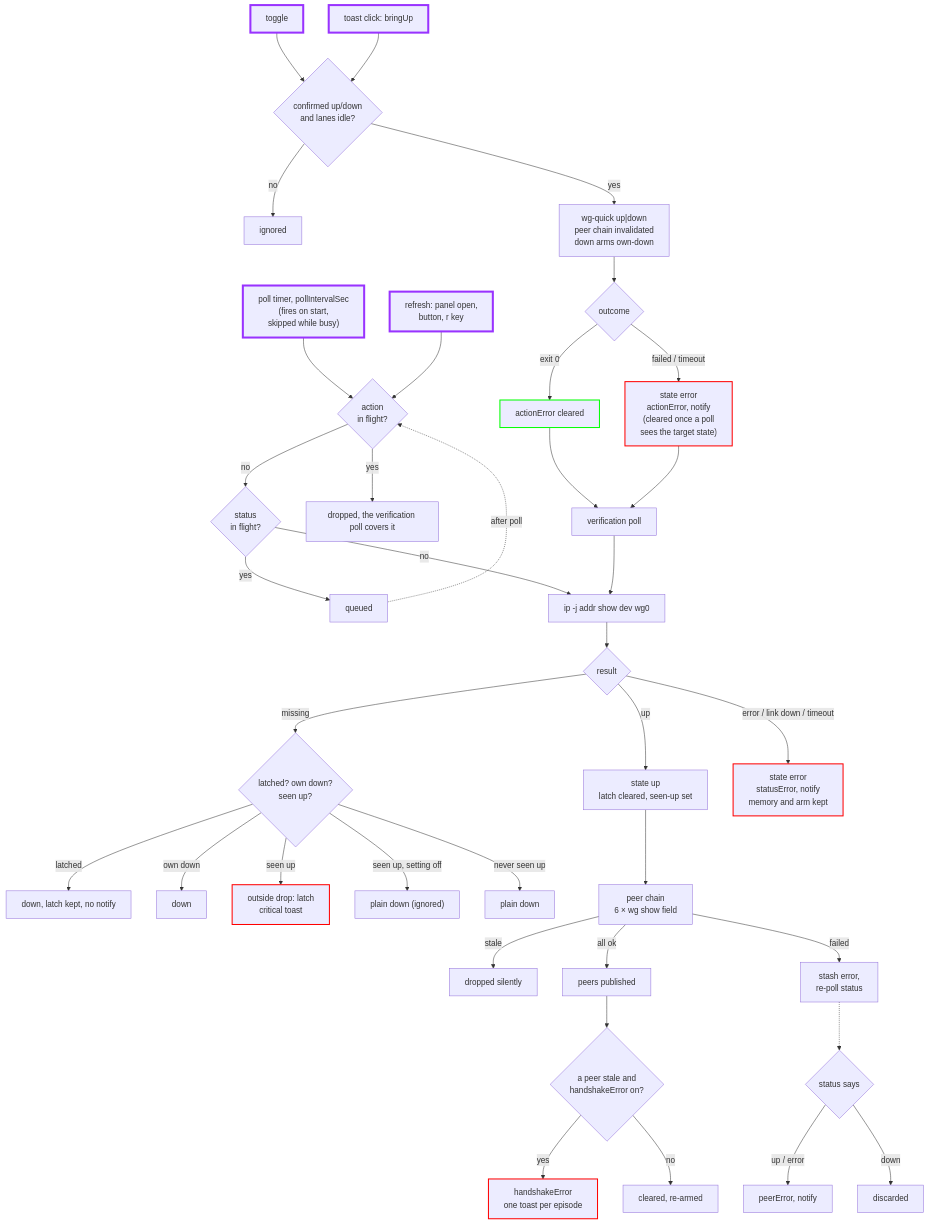
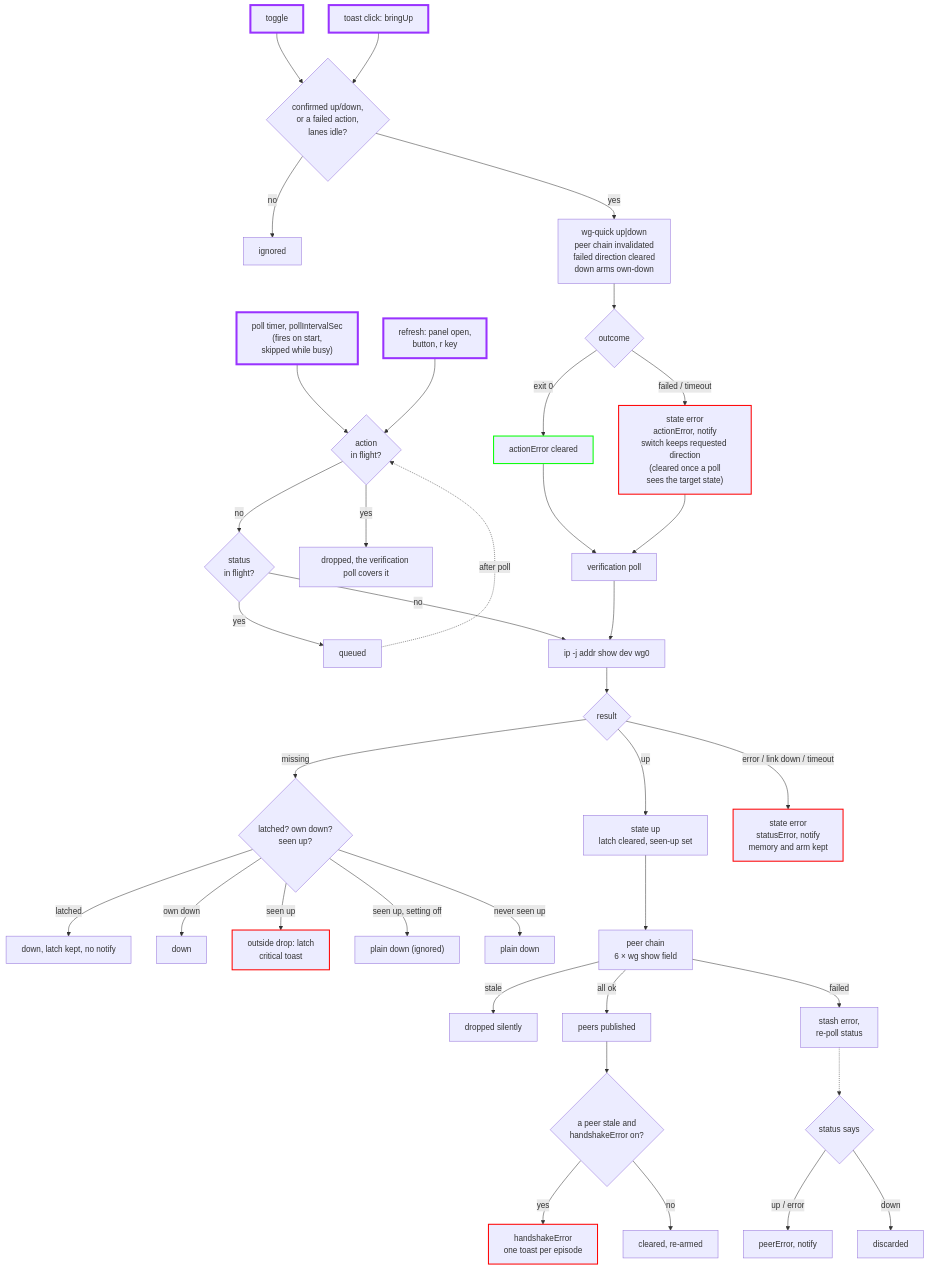
Before and after one commit to justfortheloveof/omarchy-bar-plugin-wireguard-wg0: the diagram in docs/ARCHITECTURE.md, drawn with Mermaid. The commit also changed other lines of this file and 6 other files, not shown here.

Commit message:
make the toggle reentrant after a failed action

````diff
--- a/docs/ARCHITECTURE.md
+++ b/docs/ARCHITECTURE.md
@@ -166,46 +191,46 @@
 ```mermaid
 flowchart TD
     T["poll timer, pollIntervalSec<br/>(fires on start,<br/>skipped while busy)"] --> C1{"action<br/>in flight?"}
     RFR["refresh: panel open,<br/>button, r key"] --> C1
-    U["toggle"] --> C2{"confirmed up/down<br/>and lanes idle?"}
+    U["toggle"] --> C2{"confirmed up/down,<br/>or a failed action,<br/>lanes idle?"}
     W["toast click: bringUp"] --> C2
     C2 -->|no| CN["ignored"]
-    C2 -->|yes| A["wg-quick up|down<br/>peer chain invalidated<br/>down arms own-down"]
+    C2 -->|yes| A["wg-quick up|down<br/>peer chain invalidated<br/>failed direction cleared<br/>down arms own-down"]
     A --> AC{outcome}
     AC -->|exit 0| AO["actionError cleared"]
-    AC -->|failed / timeout| AF["state error<br/>actionError, notify<br/>(cleared once a poll<br/>sees the target state)"]
+    AC -->|failed / timeout| AF["state error<br/>actionError, notify<br/>switch keeps requested direction<br/>(cleared once a poll<br/>sees the target state)"]
     AO --> V["verification poll"]
     AF --> V
     C1 -->|yes| D["dropped, the verification poll covers it"]
     C1 -->|no| C1b{"status<br/>in flight?"}
     C1b -->|yes| Q["queued"]
     C1b -->|no| S["ip -j addr show dev wg0"]
     V --> S
     Q -.->|after poll| C1
     S --> R{result}
     R -->|up| UP["state up<br/>latch cleared, seen-up set"]
     R -->|missing| OFF{"latched? own down?<br/>seen up?"}
     OFF -->|latched| OFFL["down, latch kept, no notify"]
     OFF -->|own down| OFFA["down"]
     OFF -->|seen up| OFFB["outside drop: latch<br/>critical toast"]
     OFF -->|seen up, setting off| OFFI["plain down (ignored)"]
     OFF -->|never seen up| OFFC["plain down"]
     R -->|error / link down / timeout| ERR["state error<br/>statusError, notify<br/>memory and arm kept"]
     UP --> P["peer chain<br/>6 × wg show field"]
     P -->|stale| DROP["dropped silently"]
     P -->|all ok| PUB["peers published"]
     PUB --> HS{"a peer stale and<br/>handshakeError on?"}
     HS -->|yes| HSE["handshakeError<br/>one toast per episode"]
     HS -->|no| HSC["cleared, re-armed"]
     P -->|failed| ST["stash error,<br/>re-poll status"]
     ST -.-> RC{"status says"}
     RC -->|up / error| RPT["peerError, notify"]
     RC -->|down| DRP["discarded"]
 
     classDef entryPoint stroke:#9933FF,stroke-width:4px;
     class T,U,RFR,W entryPoint;
     classDef successBox stroke:#00FF00,stroke-width:2px;
     class AO successBox;
     classDef errorBox stroke:#FF0000,stroke-width:2px;
     class AF,ERR,OFFB,HSE errorBox;
 ```
````
